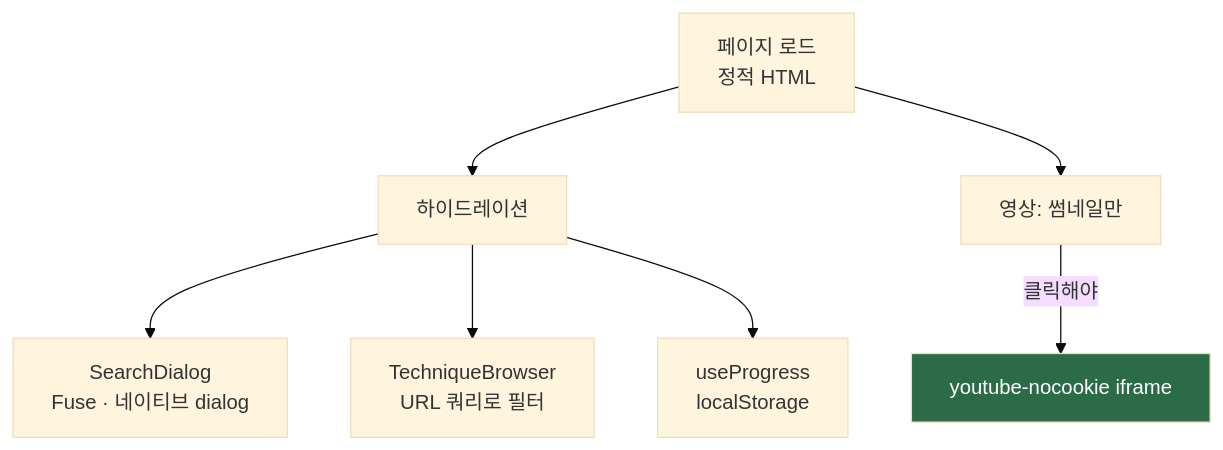
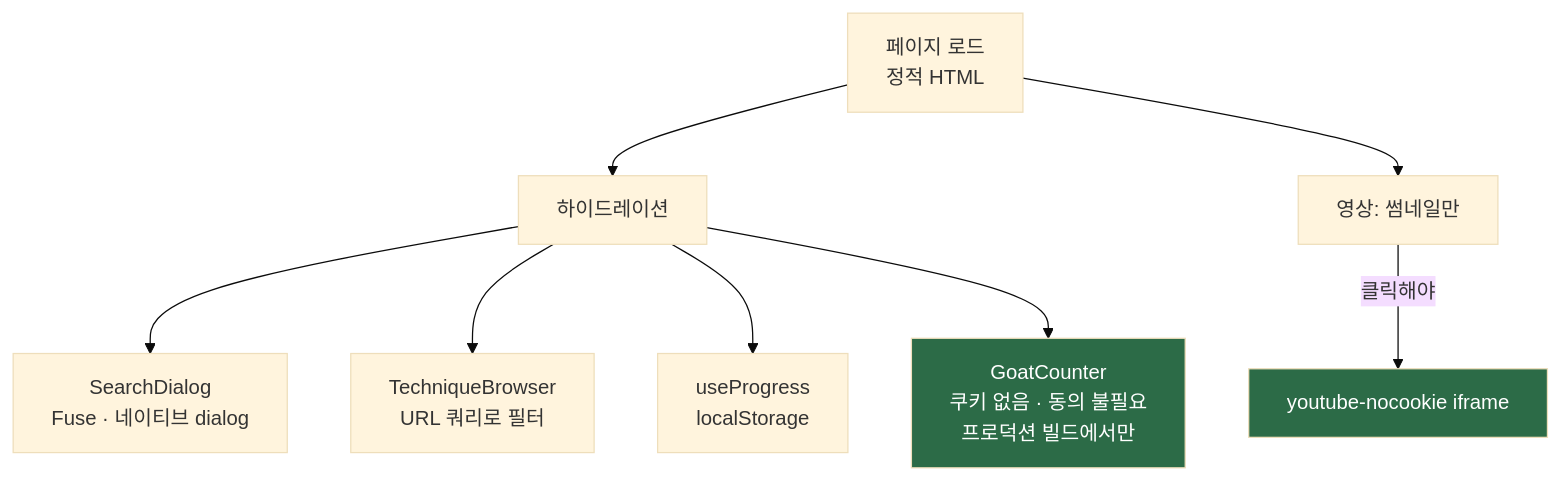
One commit to sehyunnoh/pickleball changed the fifth of 8 diagrams in docs/ARCHITECTURE.md. Above: the diagram before and after it, drawn with Mermaid (base theme). The commit also changed other lines of this file and 8 other files, not shown here.

First line of the commit message:
feat: add GoatCounter analytics (#22)

````diff
--- a/docs/ARCHITECTURE.md
+++ b/docs/ARCHITECTURE.md
@@ -159,13 +159,15 @@
 ```mermaid
 flowchart TD
     LOAD["페이지 로드<br/>정적 HTML"] --> HYD["하이드레이션"]
 
     HYD --> S["SearchDialog<br/>Fuse · 네이티브 dialog"]
     HYD --> F["TechniqueBrowser<br/>URL 쿼리로 필터"]
     HYD --> P["useProgress<br/>localStorage"]
+    HYD --> GC["GoatCounter<br/>쿠키 없음 · 동의 불필요<br/>프로덕션 빌드에서만"]
 
     LOAD --> FACADE["영상: 썸네일만"]
     FACADE -->|클릭해야| IFRAME["youtube-nocookie iframe"]
 
+    style GC fill:#2c6b47,color:#fff
     style IFRAME fill:#2c6b47,color:#fff
 ```
````
